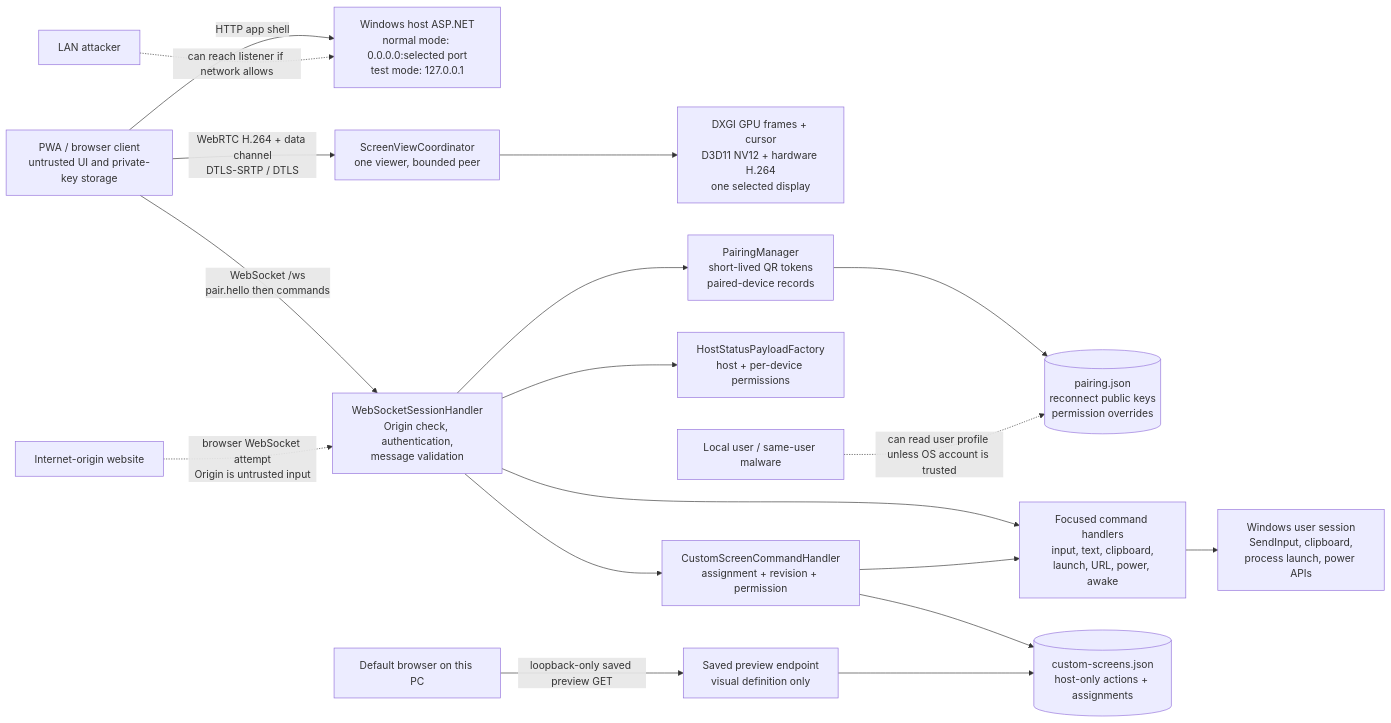
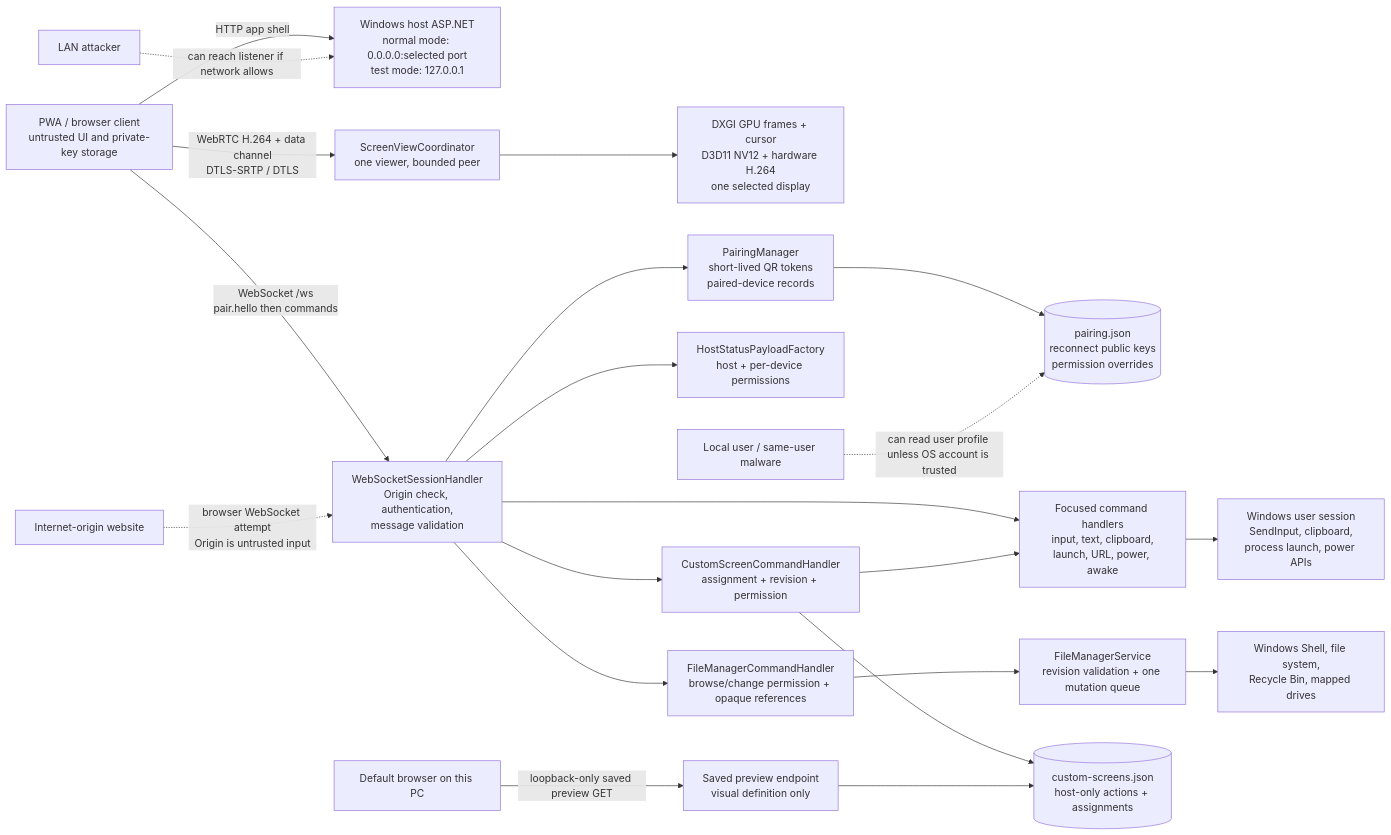
The first of 5 diagrams in docs/security-architecture-diagrams.md (voltura/voltura-air), drawn with Mermaid before and after one commit. The commit also changed other lines of this file and 70 other files, not shown here.

````diff
--- a/docs/security-architecture-diagrams.md
+++ b/docs/security-architecture-diagrams.md
@@ -8,21 +8,24 @@
 ```mermaid
 flowchart LR
   Client["PWA / browser client\nuntrusted UI and private-key storage"] -->|"HTTP app shell"| HostWeb["Windows host ASP.NET\nnormal mode: 0.0.0.0:selected port\ntest mode: 127.0.0.1"]
   Client -->|"WebSocket /ws\npair.hello then commands"| Session["WebSocketSessionHandler\nOrigin check, authentication,\nmessage validation"]
   Client -->|"WebRTC H.264 + data channel\nDTLS-SRTP / DTLS"| ScreenStream["ScreenViewCoordinator\none viewer, bounded peer"]
   ScreenStream --> Capture["DXGI GPU frames + cursor\nD3D11 NV12 + hardware H.264\none selected display"]
   Session --> Pairing["PairingManager\nshort-lived QR tokens\npaired-device records"]
   Pairing --> Store[("pairing.json\nreconnect public keys\npermission overrides")]
   Session --> Policy["HostStatusPayloadFactory\nhost + per-device permissions"]
   Session --> Handlers["Focused command handlers\ninput, text, clipboard,\nlaunch, URL, power, awake"]
   Session --> CustomHandler["CustomScreenCommandHandler\nassignment + revision + permission"]
+  Session --> FileHandler["FileManagerCommandHandler\nbrowse/change permission + opaque references"]
+  FileHandler --> FileService["FileManagerService\nrevision validation + one mutation queue"]
+  FileService --> FileSystem["Windows Shell, file system,\nRecycle Bin, mapped drives"]
   CustomHandler --> CustomStore[("custom-screens.json\nhost-only actions + assignments")]
   CustomHandler --> Handlers
   LocalBrowser["Default browser on this PC"] -->|"loopback-only saved preview GET"| Preview["Saved preview endpoint\nvisual definition only"]
   Preview --> CustomStore
   Handlers --> Windows["Windows user session\nSendInput, clipboard,\nprocess launch, power APIs"]
 
   Internet["Internet-origin website"] -. "browser WebSocket attempt\nOrigin is untrusted input" .-> Session
   Lan["LAN attacker"] -. "can reach listener if network allows" .-> HostWeb
   Local["Local user / same-user malware"] -. "can read user profile unless OS account is trusted" .-> Store
 ```
````
